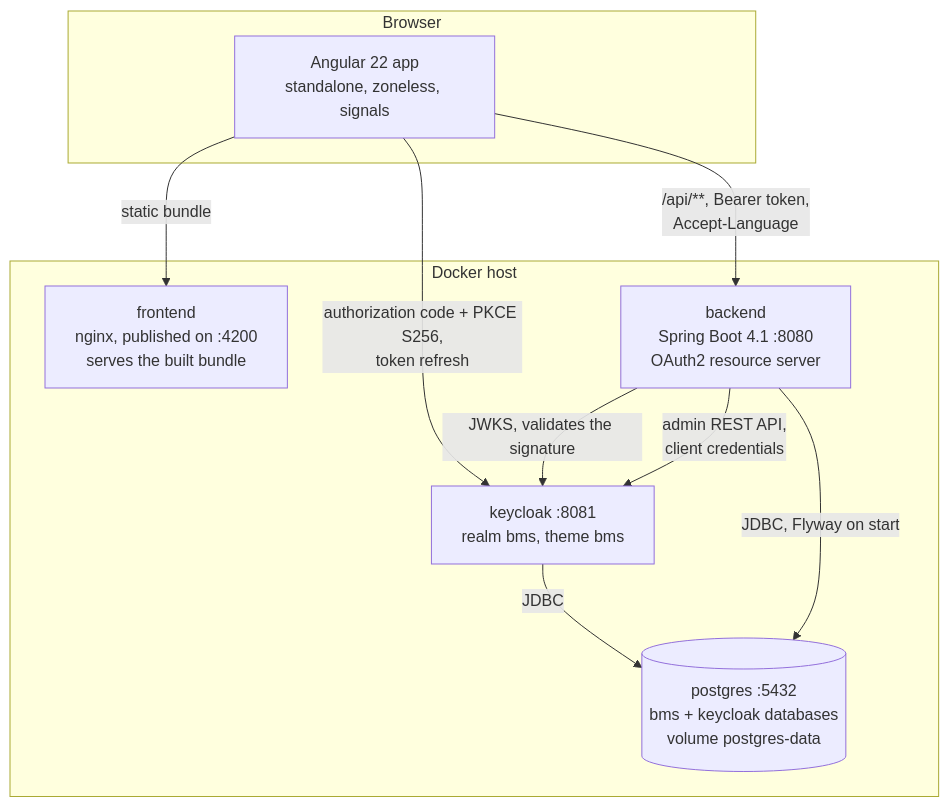
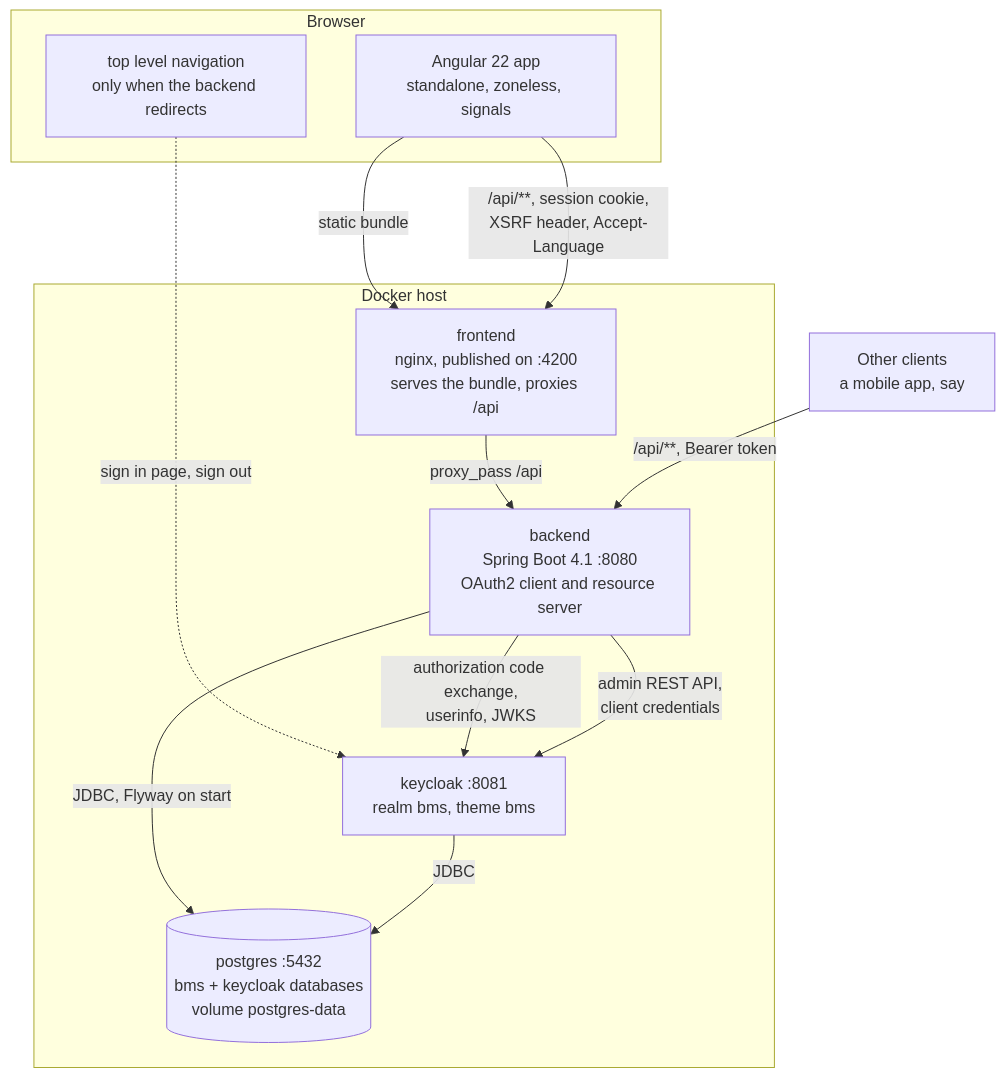
One commit to stephane-nganou/building-management-systems changed the first of 19 diagrams in docs/ARCHITECTURE_DIAGRAMS.md. Above: the diagram before and after it, drawn with Mermaid. The commit also changed other lines of this file and 58 other files, not shown here.

````diff
--- a/docs/ARCHITECTURE_DIAGRAMS.md
+++ b/docs/ARCHITECTURE_DIAGRAMS.md
@@ -45,21 +49,26 @@
 ```mermaid
 flowchart TB
     subgraph browser["Browser"]
         spa["Angular 22 app<br/>standalone, zoneless, signals"]
+        nav["top level navigation<br/>only when the backend redirects"]
     end
 
     subgraph host["Docker host"]
-        fe["frontend<br/>nginx, published on :4200<br/>serves the built bundle"]
-        be["backend<br/>Spring Boot 4.1 :8080<br/>OAuth2 resource server"]
+        fe["frontend<br/>nginx, published on :4200<br/>serves the bundle, proxies /api"]
+        be["backend<br/>Spring Boot 4.1 :8080<br/>OAuth2 client and resource server"]
         kc["keycloak :8081<br/>realm bms, theme bms"]
         db[("postgres :5432<br/>bms + keycloak databases<br/>volume postgres-data")]
     end
 
+    other["Other clients<br/>a mobile app, say"]
+
     spa -->|"static bundle"| fe
-    spa -->|"authorization code + PKCE S256,<br/>token refresh"| kc
-    spa -->|"/api/**, Bearer token,<br/>Accept-Language"| be
-    be -->|"JWKS, validates the signature"| kc
+    spa -->|"/api/**, session cookie,<br/>XSRF header, Accept-Language"| fe
+    fe -->|"proxy_pass /api"| be
+    nav -.->|"sign in page, sign out"| kc
+    other -->|"/api/**, Bearer token"| be
+    be -->|"authorization code exchange,<br/>userinfo, JWKS"| kc
     be -->|"admin REST API,<br/>client credentials"| kc
     be -->|"JDBC, Flyway on start"| db
     kc -->|"JDBC"| db
 ```
````
